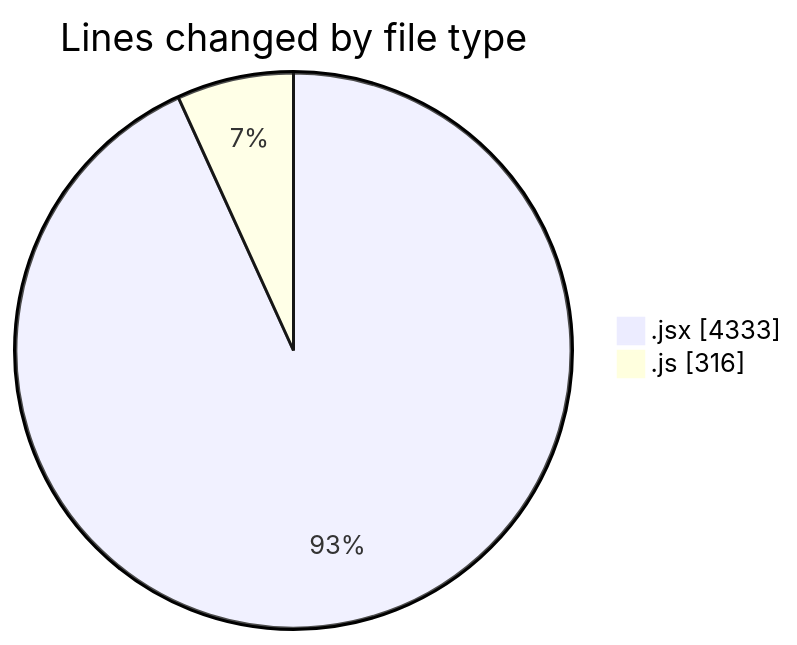
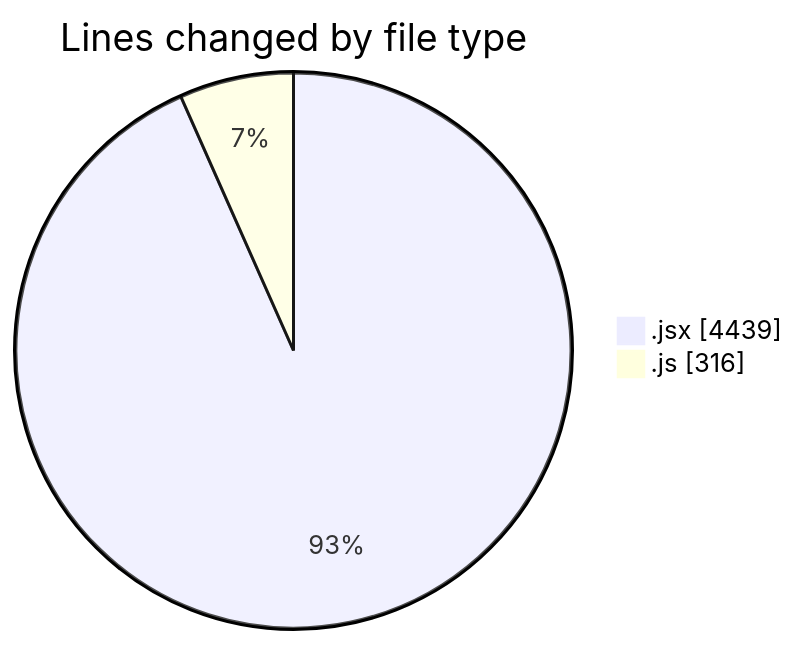
One commit to nxtqubesakshisongat/code-tracking changed the first of 2 diagrams in 2025-07-13/argos/README.md. Above: the diagram before and after it, drawn with Mermaid. The commit also changed other lines of this file and 1 other file, not shown here.

````diff
--- a/2025-07-13/argos/README.md
+++ b/2025-07-13/argos/README.md
@@ -23,6 +23,6 @@
 ```mermaid
 pie showData
 title Lines changed by file type
-".jsx" : 4333
+".jsx" : 4439
 ".js" : 316
 ```
````
